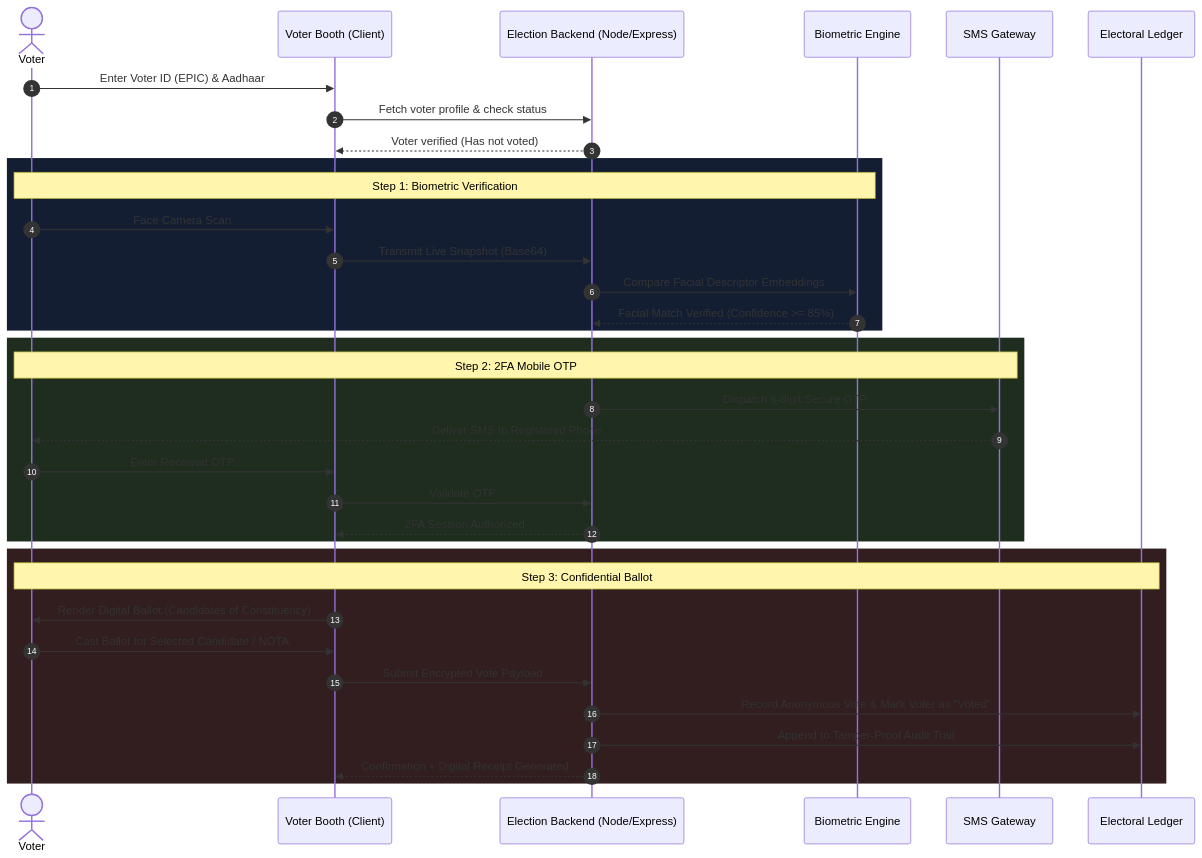
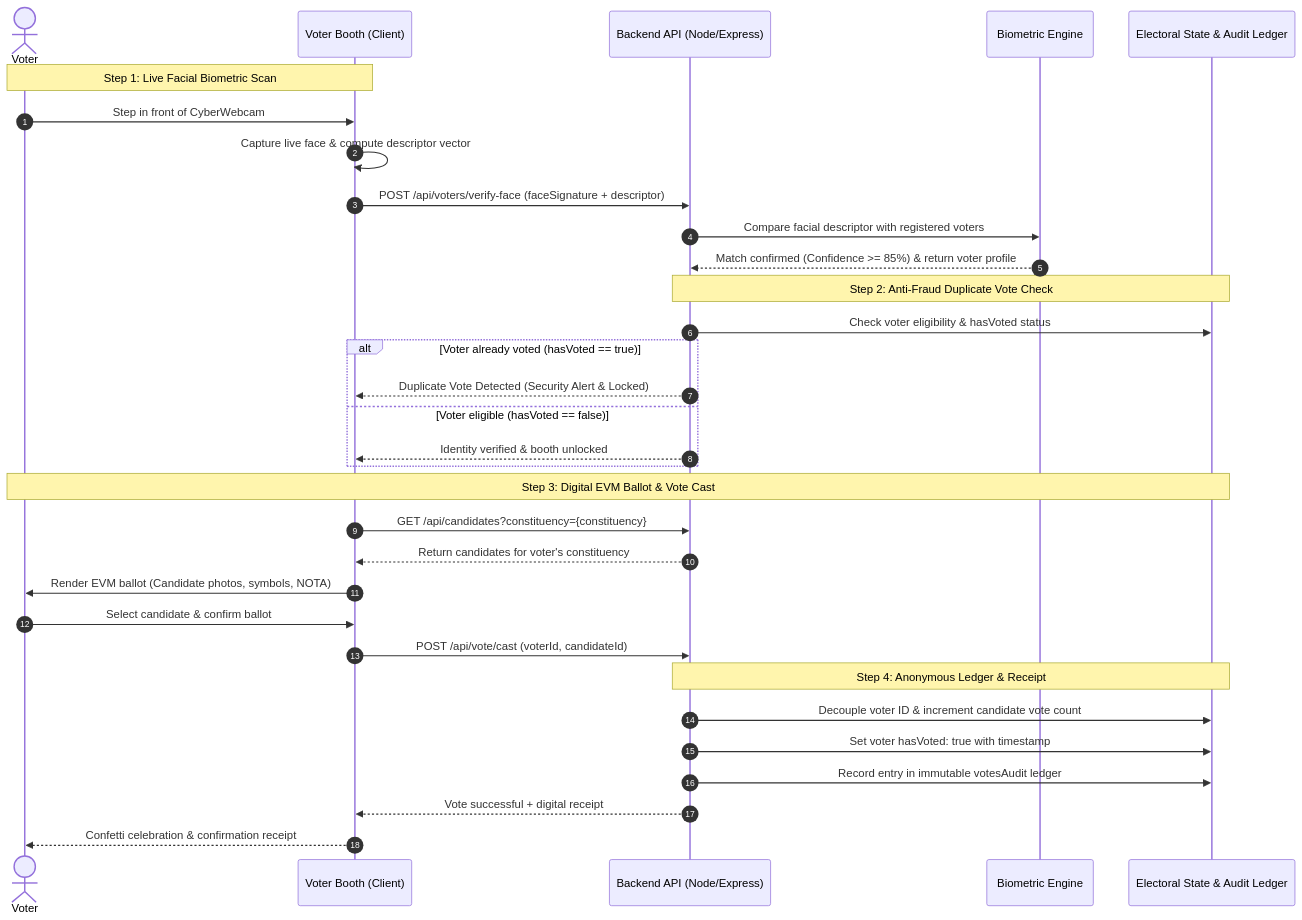
The diagram in README.md (parthasarathi3004/Smart-Voting-System), drawn with Mermaid before and after one commit. The commit also changed other lines of this file and 2 other files, not shown here.

Commit message:
docs: remove FAST2SMS and TWOFACTOR references; reflect actual facial biometric verification workflow in README and diagrams

````diff
--- a/README.md
+++ b/README.md
@@ -55,41 +56,39 @@
 ```mermaid
 sequenceDiagram
     autonumber
     actor Voter
-    participant Web as Voter Booth (Client)
-    participant API as Election Backend (Node/Express)
+    participant Booth as Voter Booth (Client)
+    participant API as Backend API (Node/Express)
     participant Bio as Biometric Engine
-    participant SMS as SMS Gateway
-    participant DB as Electoral Ledger
+    participant Ledger as Electoral State & Audit Ledger
 
-    Voter->>Web: Enter Voter ID (EPIC) & Aadhaar
-    Web->>API: Fetch voter profile & check status
-    API-->>Web: Voter verified (Has not voted)
-   
-    rect rgb(20, 30, 50)
-        Note over Voter,Bio: Step 1: Biometric Verification
-        Voter->>Web: Face Camera Scan
-        Web->>API: Transmit Live Snapshot (Base64)
-        API->>Bio: Compare Facial Descriptor Embeddings
-        Bio-->>API: Facial Match Verified (Confidence >= 85%)
+    Note over Voter,Booth: Step 1: Live Facial Biometric Scan
+    Voter->>Booth: Step in front of CyberWebcam
+    Booth->>Booth: Capture live face & compute descriptor vector
+    Booth->>API: POST /api/voters/verify-face (faceSignature + descriptor)
+    
+    API->>Bio: Compare facial descriptor with registered voters
+    Bio-->>API: Match confirmed (Confidence >= 85%) & return voter profile
+
+    Note over API,Ledger: Step 2: Anti-Fraud Duplicate Vote Check
+    API->>Ledger: Check voter eligibility & hasVoted status
+    alt Voter already voted (hasVoted == true)
+        API-->>Booth: Duplicate Vote Detected (Security Alert & Locked)
+    else Voter eligible (hasVoted == false)
+        API-->>Booth: Identity verified & booth unlocked
     end
 
-    rect rgb(30, 45, 30)
-        Note over Voter,SMS: Step 2: 2FA Mobile OTP
-        API->>SMS: Dispatch 6-digit Secure OTP
-        SMS-->>Voter: Deliver SMS to Registered Phone
-        Voter->>Web: Enter Received OTP
-        Web->>API: Validate OTP
-        API-->>Web: 2FA Session Authorized
-    end
+    Note over Voter,Ledger: Step 3: Digital EVM Ballot & Vote Cast
+    Booth->>API: GET /api/candidates?constituency={constituency}
+    API-->>Booth: Return candidates for voter's constituency
+    Booth->>Voter: Render EVM ballot (Candidate photos, symbols, NOTA)
+    Voter->>Booth: Select candidate & confirm ballot
+    Booth->>API: POST /api/vote/cast (voterId, candidateId)
 
-    rect rgb(50, 30, 30)
-        Note over Voter,DB: Step 3: Confidential Ballot
-        Web->>Voter: Render Digital Ballot (Candidates of Constituency)
-        Voter->>Web: Cast Ballot for Selected Candidate / NOTA
-        Web->>API: Submit Encrypted Vote Payload
-        API->>DB: Record Anonymous Vote & Mark Voter as "Voted"
-        API->>DB: Append to Tamper-Proof Audit Trail
-        API-->>Web: Confirmation + Digital Receipt Generated
-    end
+    Note over API,Ledger: Step 4: Anonymous Ledger & Receipt
+    API->>Ledger: Decouple voter ID & increment candidate vote count
+    API->>Ledger: Set voter hasVoted: true with timestamp
+    API->>Ledger: Record entry in immutable votesAudit ledger
+    API-->>Booth: Vote successful + digital receipt
+    Booth-->>Voter: Confetti celebration & confirmation receipt
 ```
````
